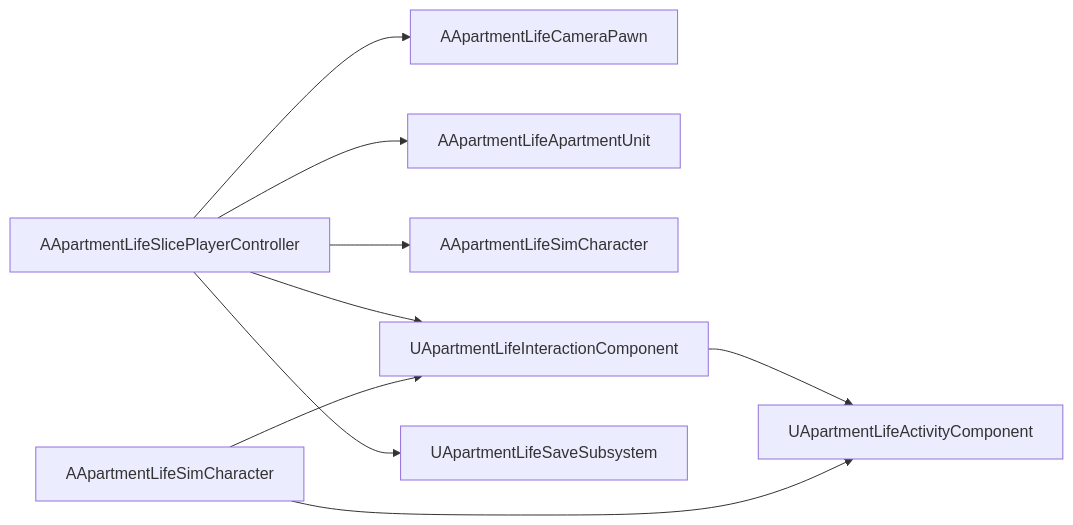
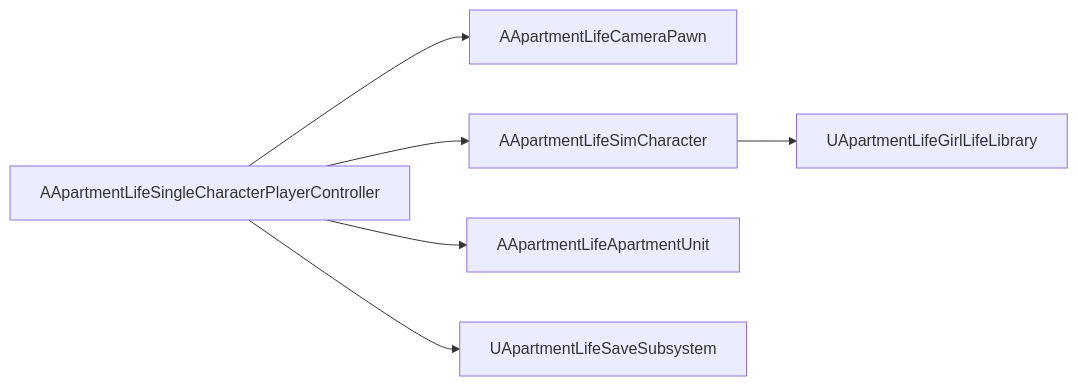
One commit to masterchiefvoidking-sketch/adult changed the diagram in Docs/VERTICAL_SLICE.md. Above: the diagram before and after it, drawn with Mermaid. The commit also changed other lines of this file and 29 other files, not shown here.

First line of the commit message:
MP08: Single-character private build reset

````diff
--- a/Docs/VERTICAL_SLICE.md
+++ b/Docs/VERTICAL_SLICE.md
@@ -92,20 +25,15 @@
 ```mermaid
 flowchart LR
-  PC[AApartmentLifeSlicePlayerController]
+  PC[AApartmentLifeSingleCharacterPlayerController]
   Cam[AApartmentLifeCameraPawn]
-  Player[AApartmentLifeSimCharacter]
+  Girl[AApartmentLifeSimCharacter]
   Apt[AApartmentLifeApartmentUnit]
-  Partner[AApartmentLifeSimCharacter]
-  Interact[UApartmentLifeInteractionComponent]
-  Activity[UApartmentLifeActivityComponent]
+  Life[UApartmentLifeGirlLifeLibrary]
   Save[UApartmentLifeSaveSubsystem]
 
   PC --> Cam
-  PC --> Interact
-  Interact --> Activity
-  Player --> Interact
-  Player --> Activity
+  PC --> Girl
   PC --> Apt
-  PC --> Partner
   PC --> Save
+  Girl --> Life
 ```
````
